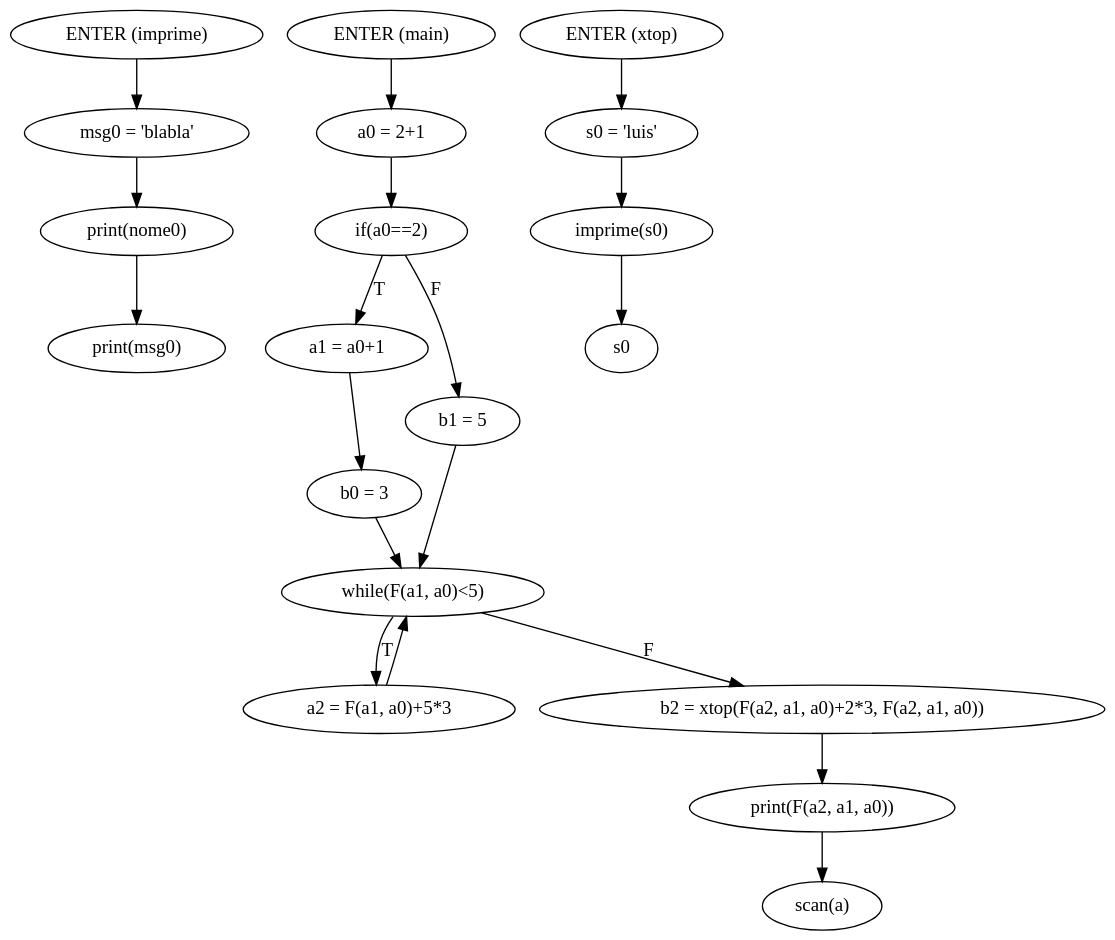
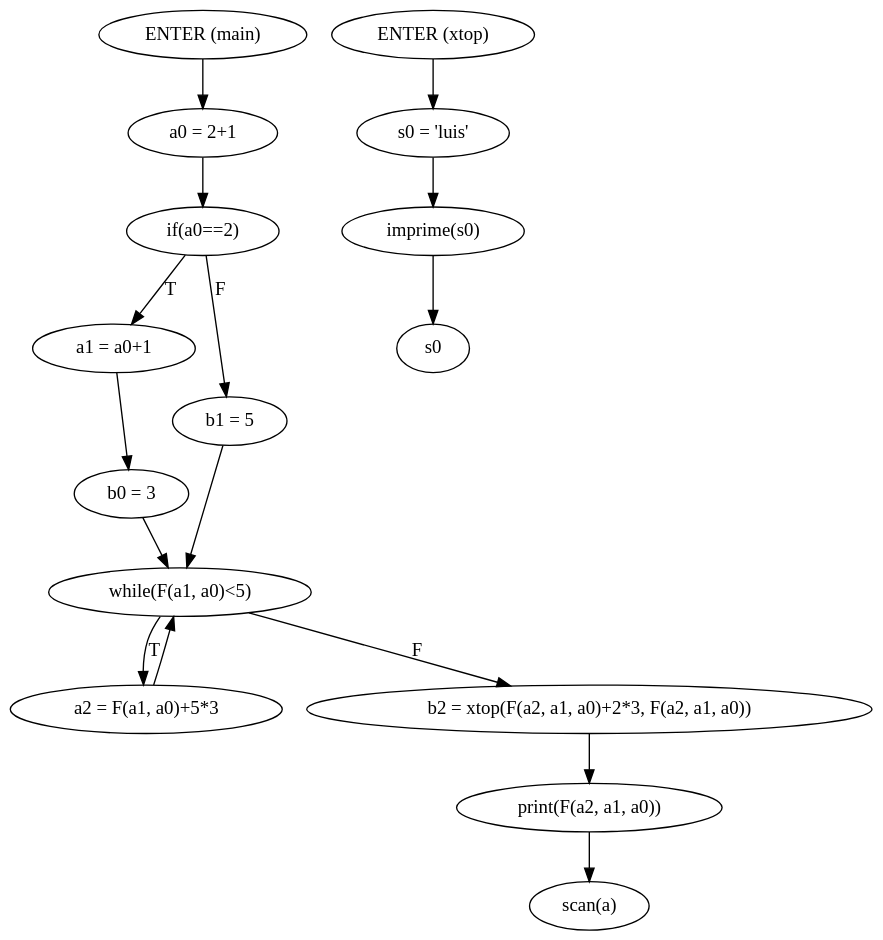
Before and after one commit to MiguelCosta/EngenhariaDeLinguagens: the diagram in ATS/Fichas/Cmb/WebSite/Gramatica/output/ssa.gv, drawn with Graphviz. The commit also changed 20 other files, not shown here.

```diff
--- a/ATS/Fichas/Cmb/WebSite/Gramatica/output/ssa.gv
+++ b/ATS/Fichas/Cmb/WebSite/Gramatica/output/ssa.gv
@@ -1,40 +1,33 @@
 digraph mainmapSSA {
 graph [bgcolor=transparent];
-"ENTER (imprime)"[label="ENTER (imprime)"];
-"msg = 'blabla'"[label="msg0 = 'blabla'"];
-"print(nome)"[label="print(nome0)"];
-"print(msg)"[label="print(msg0)"];
-"ENTER (imprime)" -> "msg = 'blabla'";
-	"msg = 'blabla'" -> "print(nome)";
-	"print(nome)" -> "print(msg)";
-	"ENTER (main)"[label="ENTER (main)"];
+"ENTER (main)"[label="ENTER (main)"];
 "a = 2+1"[label="a0 = 2+1"];
 "if(a==2)"[label="if(a0==2)"];
 "a = a+1"[label="a1 = a0+1"];
 "b = 3"[label="b0 = 3"];
 "b = 5"[label="b1 = 5"];
 "while(a<5)"[label="while(F(a1, a0)<5)"];
 "a = a+5*3"[label="a2 = F(a1, a0)+5*3"];
 "b = xtop(a+2*3, a)"[label="b2 = xtop(F(a2, a1, a0)+2*3, F(a2, a1, a0))"];
 "print(a)"[label="print(F(a2, a1, a0))"];
 "scan(a)"[label="scan(a)"];
 "ENTER (main)" -> "a = 2+1";
 	"a = 2+1" -> "if(a==2)";
 	"if(a==2)" -> "a = a+1"[label="T"];
 	"if(a==2)" -> "b = 5"[label="F"];
 	"a = a+1" -> "b = 3";
 	"b = 3" -> "while(a<5)";
 	"b = 5" -> "while(a<5)";
 	"while(a<5)" -> "a = a+5*3"[label="T"];
 	"while(a<5)" -> "b = xtop(a+2*3, a)"[label="F"];
 	"a = a+5*3" -> "while(a<5)";
 	"b = xtop(a+2*3, a)" -> "print(a)";
 	"print(a)" -> "scan(a)";
 	"ENTER (xtop)"[label="ENTER (xtop)"];
 "s = 'luis'"[label="s0 = 'luis'"];
 "imprime(s)"[label="imprime(s0)"];
 "return s"[label="s0"];
 "ENTER (xtop)" -> "s = 'luis'";
 	"s = 'luis'" -> "imprime(s)";
 	"imprime(s)" -> "return s";
 	}
```
